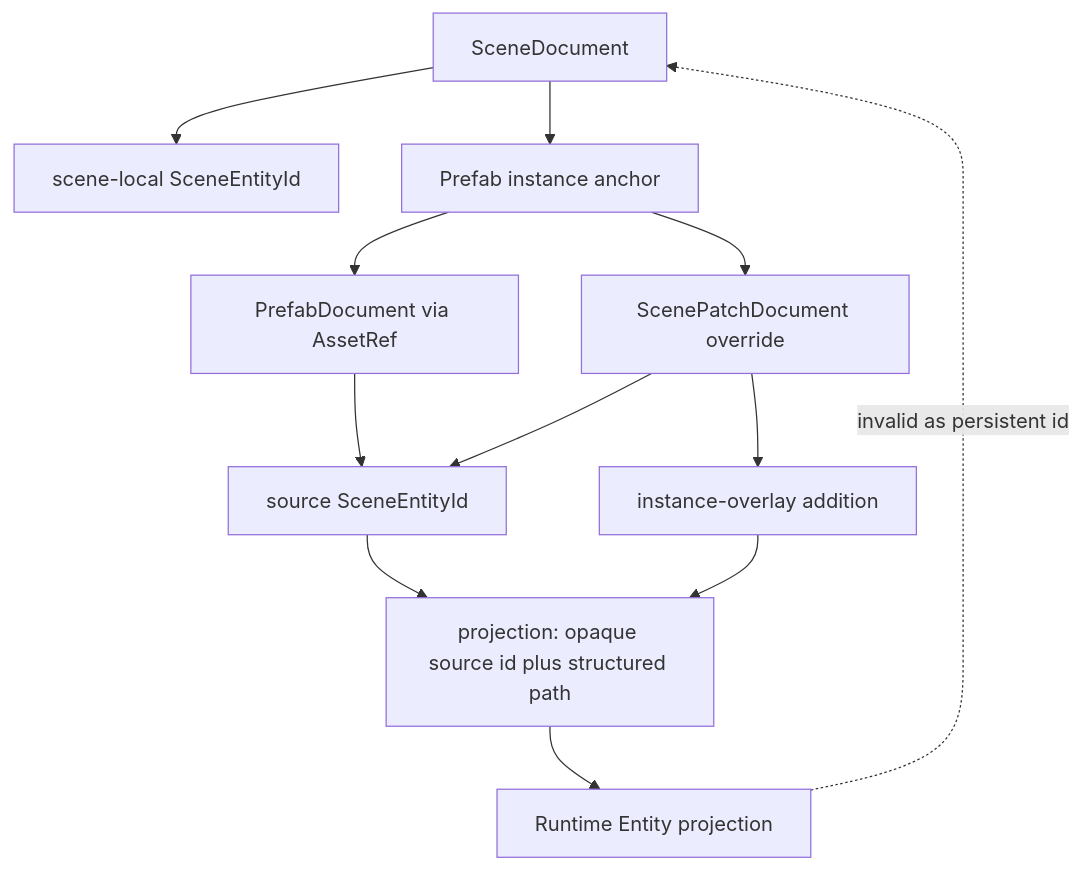
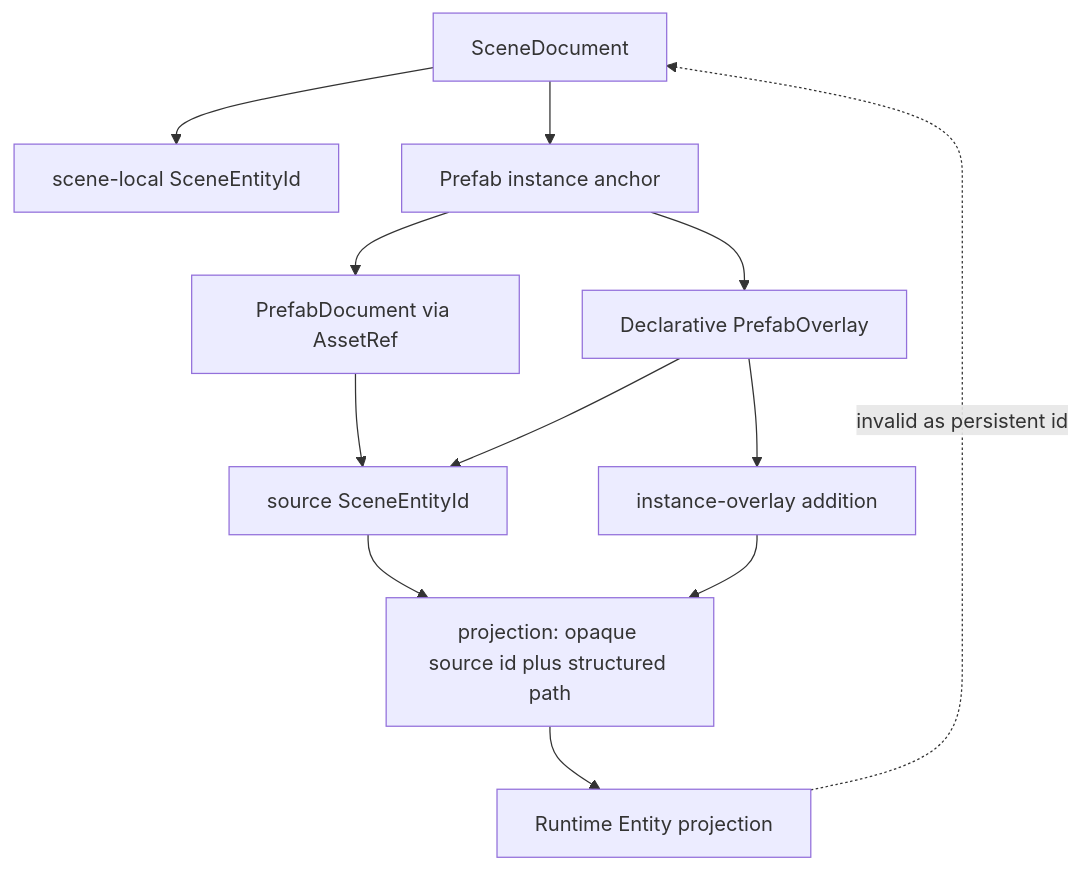
One commit to Latias94/nara changed the diagram in docs/architecture/adr/0038-scene-prefab-authoring-identity-and-provenance.md. Above: the diagram before and after it, drawn with Mermaid. The commit also changed other lines of this file and 165 other files, not shown here.

First line of the commit message:
feat(scene)!: compile declarative prefab overlays

````diff
--- a/docs/architecture/adr/0038-scene-prefab-authoring-identity-and-provenance.md
+++ b/docs/architecture/adr/0038-scene-prefab-authoring-identity-and-provenance.md
@@ -73,14 +90,14 @@
 ```mermaid
 flowchart TD
     Scene[SceneDocument] --> Local[scene-local SceneEntityId]
     Scene --> Anchor[Prefab instance anchor]
     Anchor --> Source[PrefabDocument via AssetRef]
     Source --> SourceEntity[source SceneEntityId]
     SourceEntity --> Expanded[projection: opaque source id plus structured path]
-    Override[ScenePatchDocument override] --> SourceEntity
+    Override[Declarative PrefabOverlay] --> SourceEntity
     Anchor --> Override
     Override --> Addition[instance-overlay addition]
     Addition --> Expanded
     Expanded --> Runtime[Runtime Entity projection]
     Runtime -. invalid as persistent id .-> Scene
 ```
````
